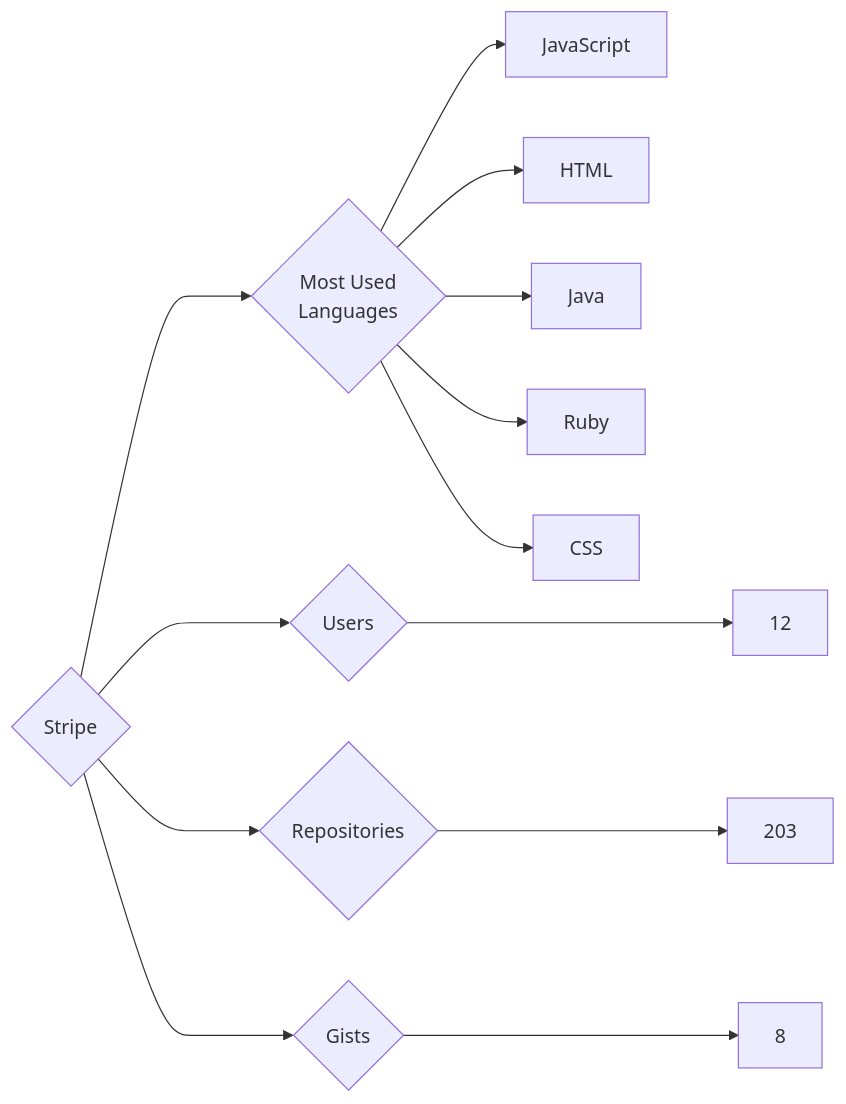
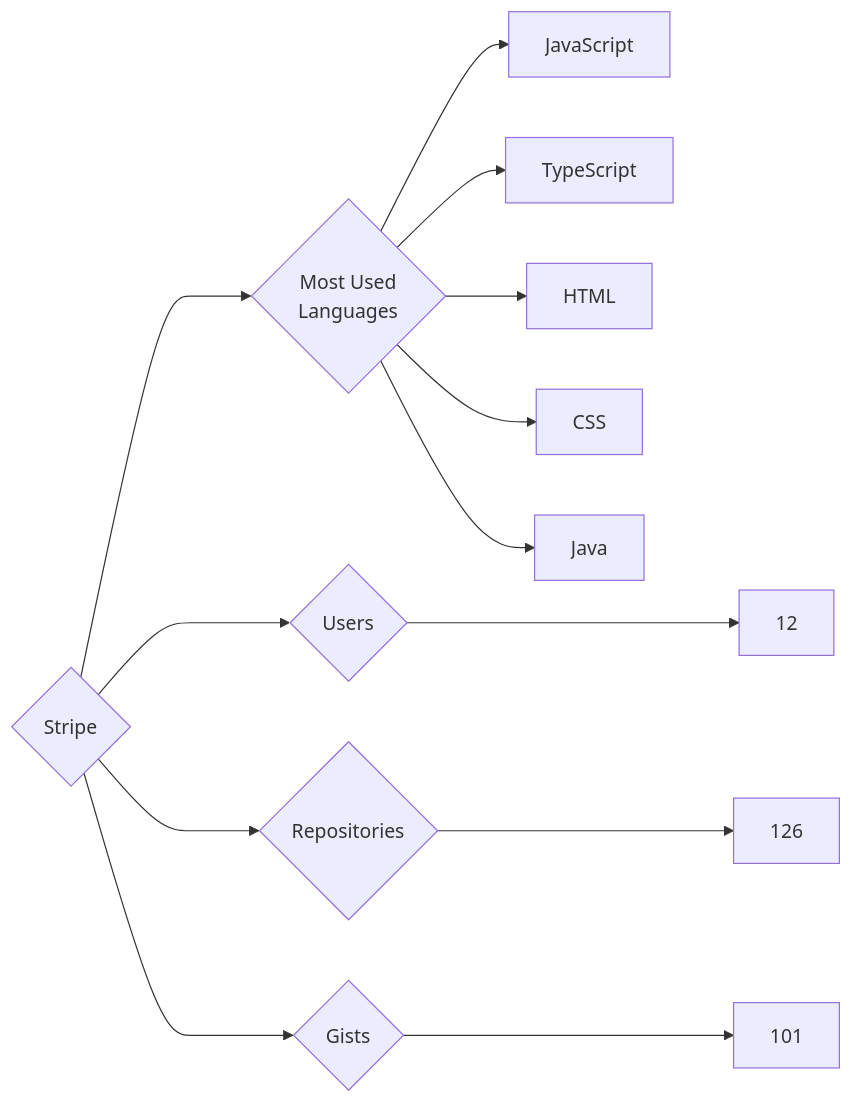
The diagram in targets/Stripe/README.md (trickest/insiders), drawn with Mermaid before and after one commit. The commit also changed 1508 other files, not shown here.

````diff
--- a/targets/Stripe/README.md
+++ b/targets/Stripe/README.md
@@ -3,13 +3,13 @@
 ```mermaid
 graph LR
 COMPANY_NAME{Stripe}
 COMPANY_NAME ---> U{Users} ---> UN[12]
-COMPANY_NAME ---> R{Repositories} ---> RN[203]
-COMPANY_NAME ---> G{Gists} ---> GN[8]
+COMPANY_NAME ---> R{Repositories} ---> RN[126]
+COMPANY_NAME ---> G{Gists} ---> GN[101]
 COMPANY_NAME ---> ML{Most Used<br>Languages}
 ML --> JavaScript[JavaScript]
+ML --> TypeScript[TypeScript]
 ML --> HTML[HTML]
+ML --> CSS[CSS]
 ML --> Java[Java]
-ML --> Ruby[Ruby]
-ML --> CSS[CSS]
 ```
````
